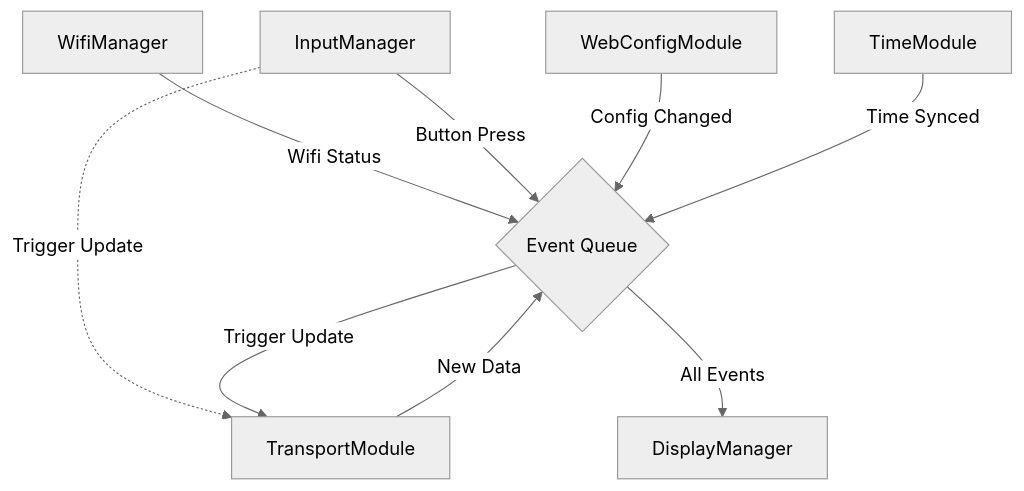
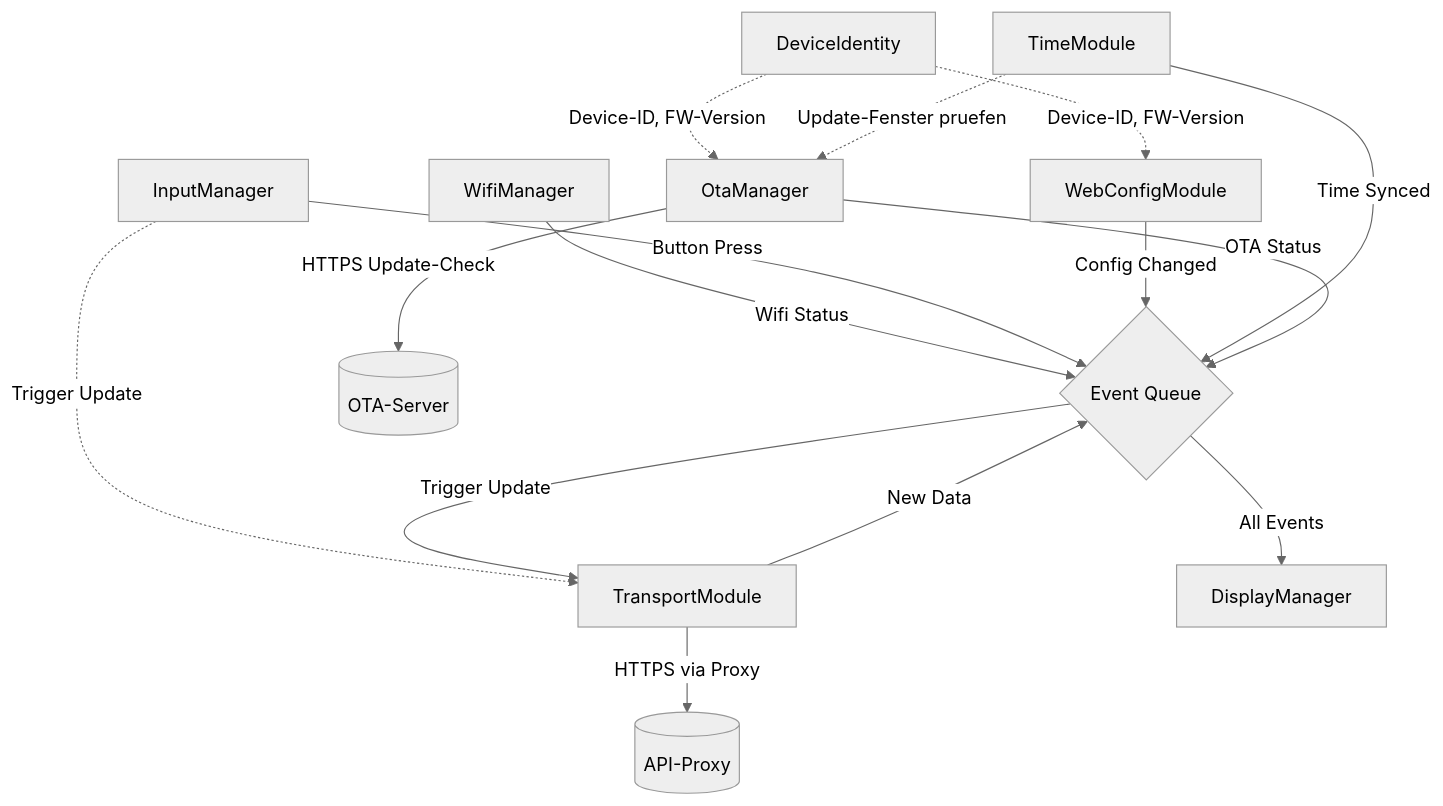
Before and after one commit to Mahboob22-bit/crowpanel-oev-display: the second of 5 diagrams in ARCHITECTURE.md, drawn with Mermaid (neutral theme). The commit also changed other lines of this file and 2 other files, not shown here.

First line of the commit message:
Update requirements and architecture documentation for OTA features and security enhancements

````diff
--- a/ARCHITECTURE.md
+++ b/ARCHITECTURE.md
@@ -30,19 +53,24 @@
 ```mermaid
 graph TD
-    %% Events
     EventQ{Event Queue}
 
-    %% Modules
     Wifi[WifiManager] -->|Wifi Status| EventQ
     Input[InputManager] -->|Button Press| EventQ
     Input -.->|Trigger Update| Transport[TransportModule]
     Web[WebConfigModule] -->|Config Changed| EventQ
     Time[TimeModule] -->|Time Synced| EventQ
-    
+    OtaMgr[OtaManager] -->|OTA Status| EventQ
+    DevId[DeviceIdentity] -.->|Device-ID, FW-Version| OtaMgr
+    DevId -.->|Device-ID, FW-Version| Web
+
     Transport
     EventQ -->|Trigger Update| Transport
     Transport -->|New Data| EventQ
-    
+    Transport -->|"HTTPS via Proxy"| ProxyServer[(API-Proxy)]
+
+    OtaMgr -->|"HTTPS Update-Check"| OtaServer[(OTA-Server)]
+    Time -.->|Update-Fenster pruefen| OtaMgr
+
     Display[DisplayManager]
     EventQ -->|All Events| Display
 ```
````
